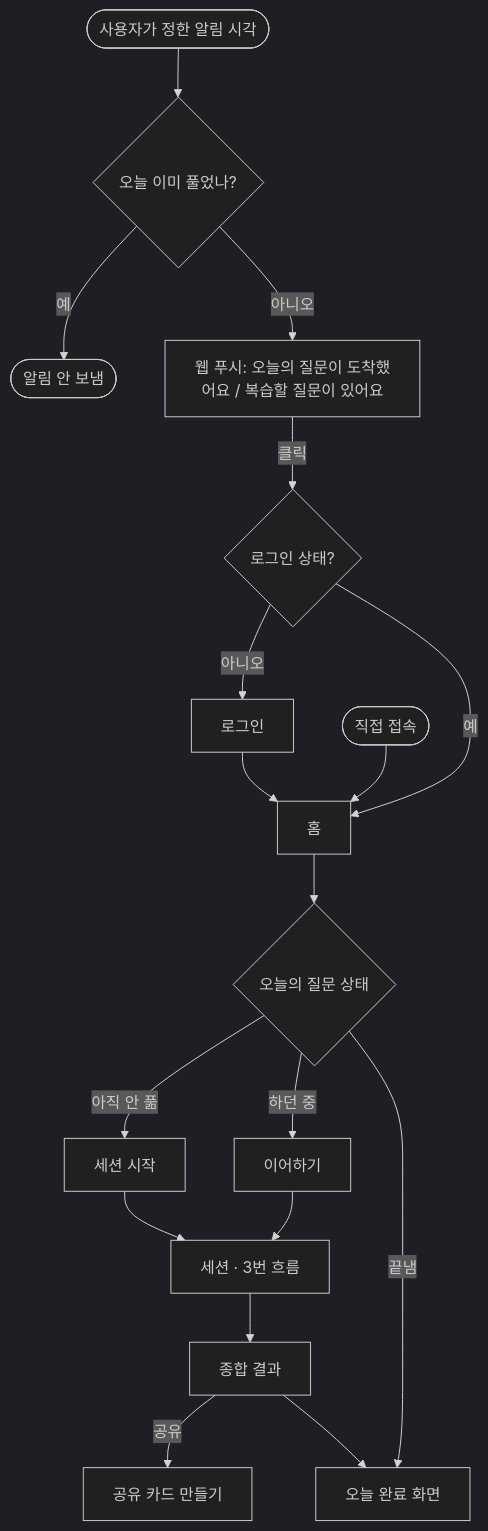
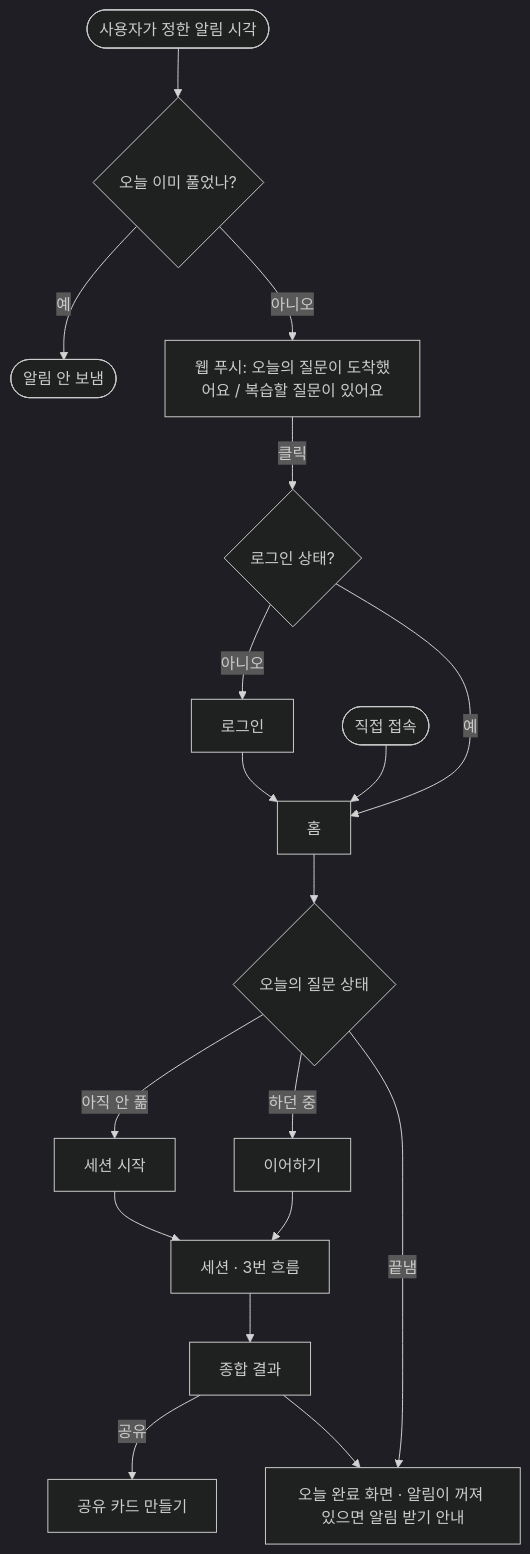
One commit to GREED-YI/tailq changed the second of 6 diagrams in docs/05-user-flow.md. Above: the diagram before and after it, drawn with Mermaid (dark theme). The commit also changed other lines of this file and 3 other files, not shown here.

````diff
--- a/docs/05-user-flow.md
+++ b/docs/05-user-flow.md
@@ -33,19 +35,19 @@
 ```mermaid
 flowchart TD
   A(["사용자가 정한 알림 시각"]) --> B{"오늘 이미 풀었나?"}
   B -- 예 --> Z(["알림 안 보냄"])
   B -- 아니오 --> C["웹 푸시: 오늘의 질문이 도착했어요 / 복습할 질문이 있어요"]
   C -- 클릭 --> D{"로그인 상태?"}
   D -- 아니오 --> E["로그인"] --> F
   D -- 예 --> F["홈"]
   U(["직접 접속"]) --> F
   F --> G{"오늘의 질문 상태"}
   G -- 아직 안 풂 --> H["세션 시작"]
   G -- 하던 중 --> I["이어하기"]
-  G -- 끝냄 --> J["오늘 완료 화면"]
+  G -- 끝냄 --> J["오늘 완료 화면 · 알림이 꺼져 있으면 알림 받기 안내"]
   H --> K["세션 · 3번 흐름"]
   I --> K
   K --> L["종합 결과"]
   L -- 공유 --> M["공유 카드 만들기"]
   L --> J
 ```
````
